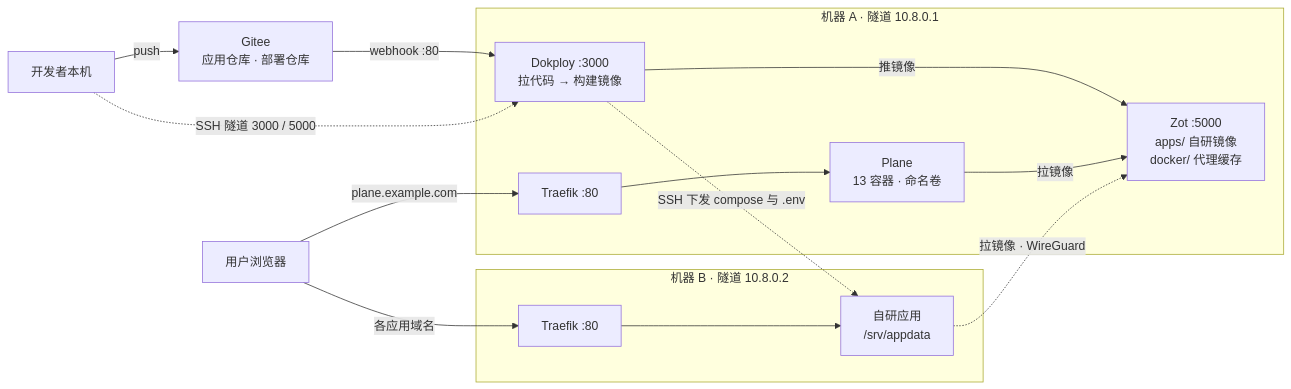
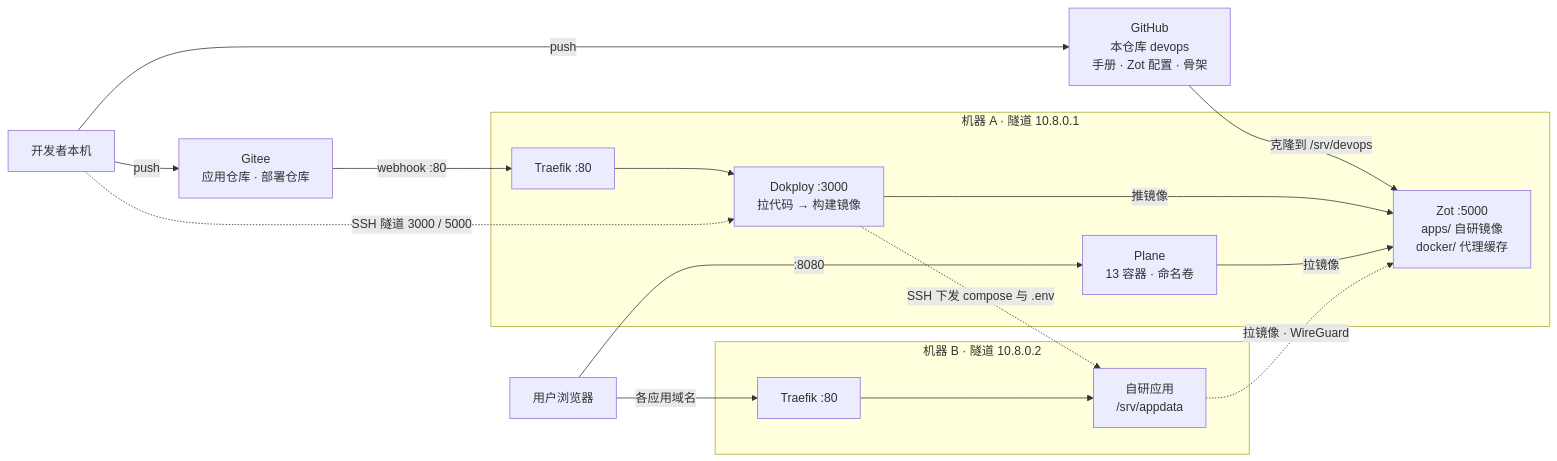
One commit to opendesign-os/devops changed the diagram in README.md. Above: the diagram before and after it, drawn with Mermaid. The commit also changed other lines of this file and 14 other files, not shown here.

````diff
--- a/README.md
+++ b/README.md
@@ -7,30 +7,33 @@
 ```mermaid
 flowchart LR
   dev["开发者本机"]
+  github["GitHub<br/>本仓库 devops<br/>手册 · Zot 配置 · 骨架"]
   gitee["Gitee<br/>应用仓库 · 部署仓库"]
   user["用户浏览器"]
 
   subgraph A["机器 A · 隧道 10.8.0.1"]
     dokploy["Dokploy :3000<br/>拉代码 → 构建镜像"]
     zot["Zot :5000<br/>apps/ 自研镜像<br/>docker/ 代理缓存"]
     tfa["Traefik :80"]
     plane["Plane<br/>13 容器 · 命名卷"]
   end
 
   subgraph B["机器 B · 隧道 10.8.0.2"]
     tfb["Traefik :80"]
     app["自研应用<br/>/srv/appdata"]
   end
 
+  dev -->|push| github
   dev -->|push| gitee
-  gitee -->|"webhook :80"| dokploy
+  github -->|"克隆到 /srv/devops"| zot
+  gitee -->|"webhook :80"| tfa
+  tfa --> dokploy
   dev -.->|"SSH 隧道 3000 / 5000"| dokploy
   dokploy -->|推镜像| zot
   dokploy -.->|"SSH 下发 compose 与 .env"| app
   plane -->|拉镜像| zot
   app -.->|"拉镜像 · WireGuard"| zot
-  tfa --> plane
   tfb --> app
-  user -->|plane.example.com| tfa
+  user -->|":8080"| plane
   user -->|各应用域名| tfb
 ```
````
